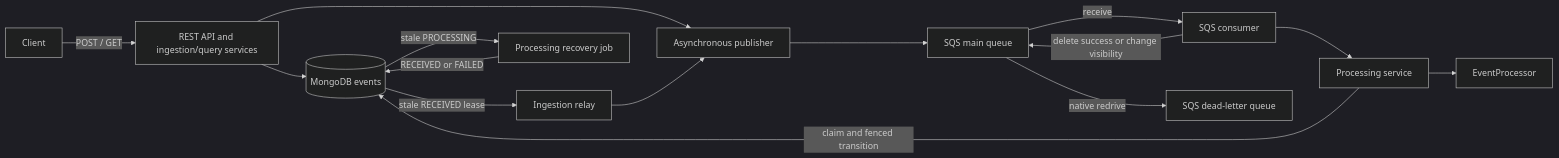
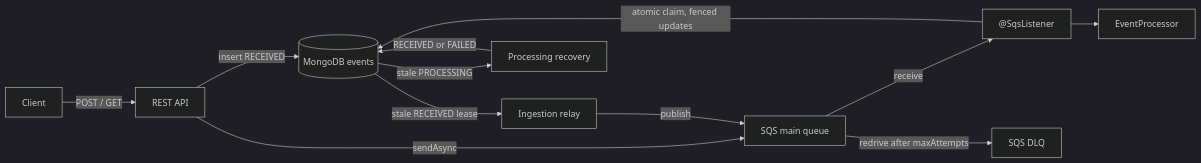
The first of 2 diagrams in ARCHITECTURE.md (ShoshanaShandorfi/event-pipeline), drawn with Mermaid (dark theme) before and after one commit. The commit also changed other lines of this file and 18 other files, not shown here.

````diff
--- a/ARCHITECTURE.md
+++ b/ARCHITECTURE.md
@@ -26,17 +24,14 @@
 ```mermaid
 flowchart LR
-    Client -->|POST / GET| API[REST API and ingestion/query services]
-    API --> Mongo[(MongoDB events)]
-    API --> Publisher[Asynchronous publisher]
+    Client -->|POST / GET| API[REST API]
+    API -->|insert RECEIVED| Mongo[(MongoDB events)]
+    API -->|sendAsync| Main[SQS main queue]
     Mongo -->|stale RECEIVED lease| Relay[Ingestion relay]
-    Relay --> Publisher
-    Publisher --> Main[SQS main queue]
-    Main -->|receive| Consumer[SQS consumer]
-    Consumer --> Processing[Processing service]
-    Processing -->|claim and fenced transition| Mongo
-    Processing --> Processor[EventProcessor]
-    Consumer -->|delete success or change visibility| Main
-    Main -->|native redrive| DLQ[SQS dead-letter queue]
-    Mongo -->|stale PROCESSING| Recovery[Processing recovery job]
+    Relay -->|publish| Main
+    Main -->|receive| Consumer["@SqsListener"]
+    Consumer -->|atomic claim, fenced updates| Mongo
+    Consumer --> Processor[EventProcessor]
+    Mongo -->|stale PROCESSING| Recovery[Processing recovery]
     Recovery -->|RECEIVED or FAILED| Mongo
+    Main -->|redrive after maxAttempts| DLQ[SQS DLQ]
 ```
````
